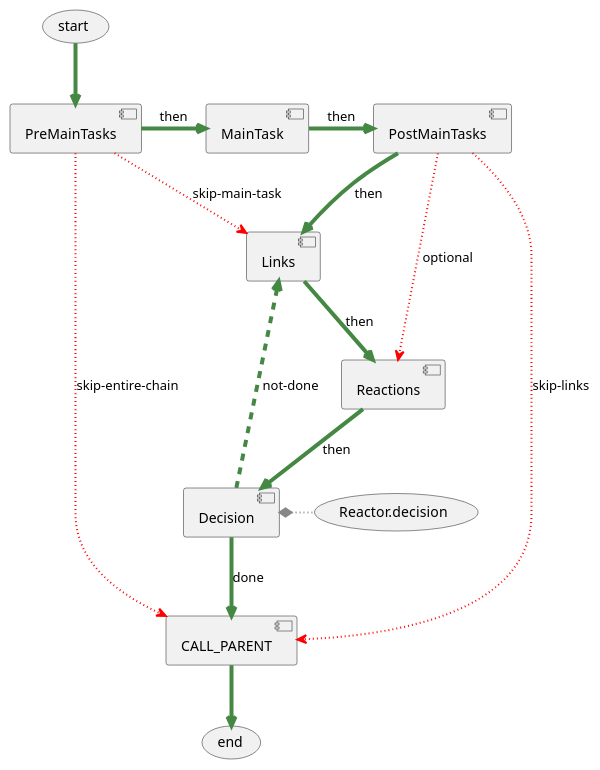
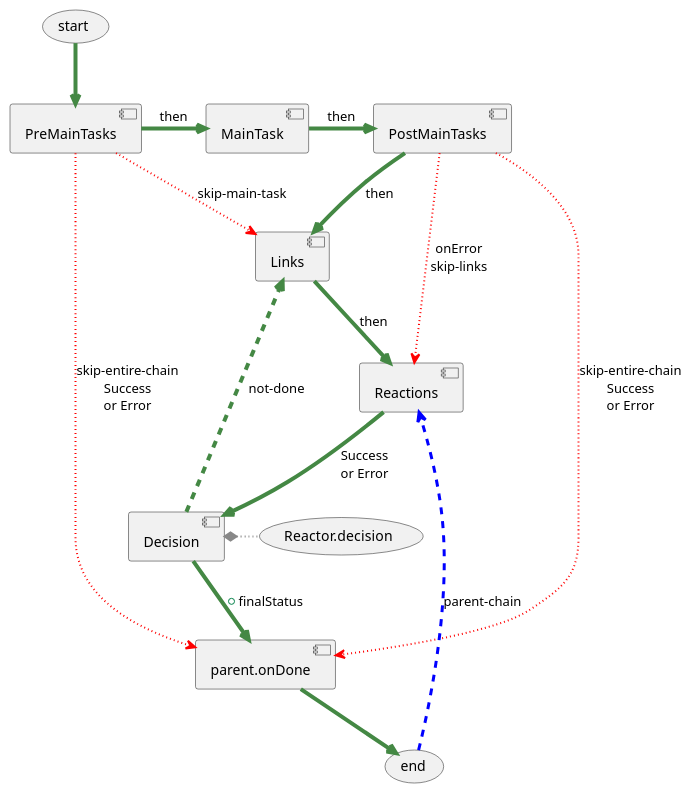
The diagram in docs/chain_reactor.plantuml (trav3ll3r/chainReaction), drawn with PlantUML before and after one commit. The commit also changed 8 other files, not shown here.

```diff
--- a/docs/chain_reactor.plantuml
+++ b/docs/chain_reactor.plantuml
@@ -1,24 +1,26 @@
 @startuml
     skinparam arrowThickness 4
     skinparam arrowColor #448844
 
     (start) --> [PreMainTasks]
 	[PreMainTasks] -right-> [MainTask] : then
 	[MainTask] -right-> [PostMainTasks] : then
 	[PostMainTasks] --> [Links] : then
 
 	[Links] --> [Reactions] : then
 
-	[Reactions] -down-> [Decision] : then
+	[Reactions] -down-> [Decision] : Success\nor Error
 	[Decision] .right.> [Links] : not-done
 
     [Decision] *-[dotted,#888,thickness=2]right- (Reactor.decision)
-	[Decision] --> [CALL_PARENT] : done
-	[PreMainTasks] .[dotted,#f00,thickness=2].> [CALL_PARENT] : skip-entire-chain
-	[PostMainTasks] .[dotted,#f00,thickness=2].> [CALL_PARENT] : skip-links
+	[Decision] --> [parent.onDone] : +finalStatus
+	[PreMainTasks] .[dotted,#f00,thickness=2].> [parent.onDone] : skip-entire-chain\nSuccess\nor Error
+	[PostMainTasks] .[dotted,#f00,thickness=2].> [parent.onDone] : skip-entire-chain\nSuccess\nor Error
 
-	[CALL_PARENT] --> (end)
+	[parent.onDone] --> (end)
+
+    (end) .[dashed,#00f,thickness=3].> [Reactions] : parent-chain
 
 	[PreMainTasks] .[dotted,#f00,thickness=2].> [Links]: skip-main-task
-	[PostMainTasks] .[dotted,#f00,thickness=2].> [Reactions] : optional
+	[PostMainTasks] .[dotted,#f00,thickness=2].> [Reactions] : onError\nskip-links
 @enduml
```
